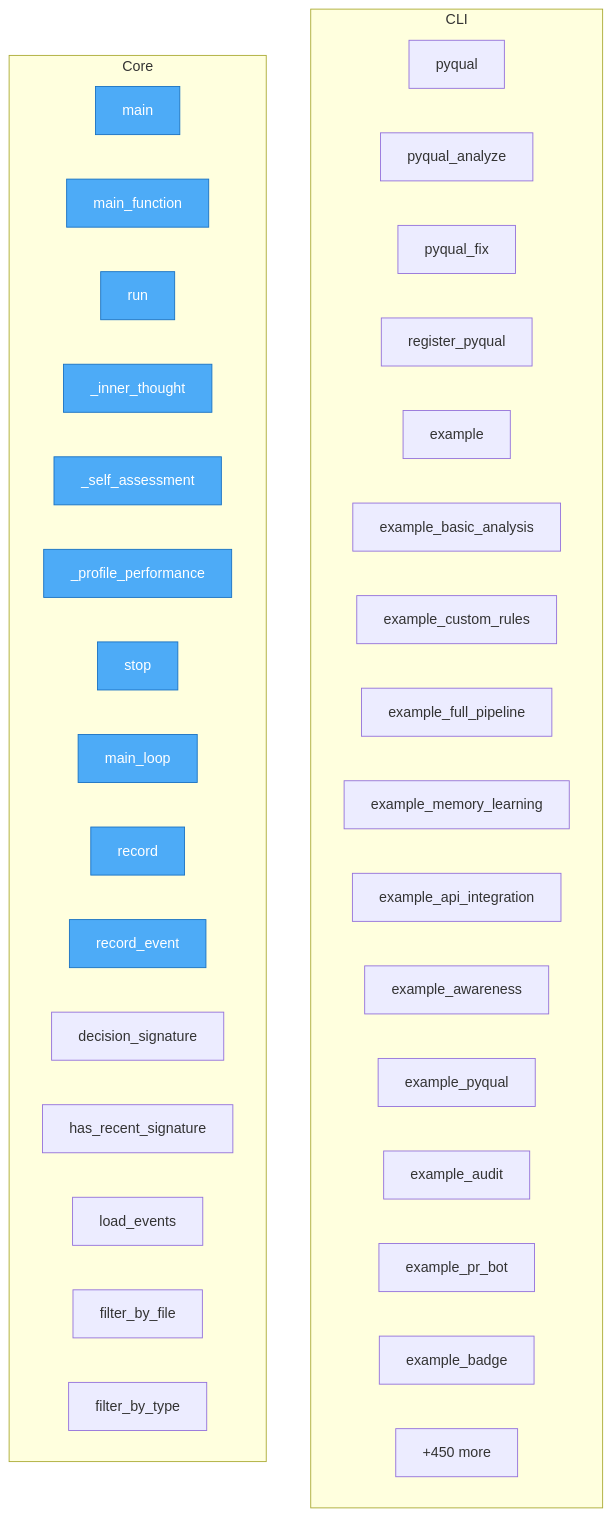
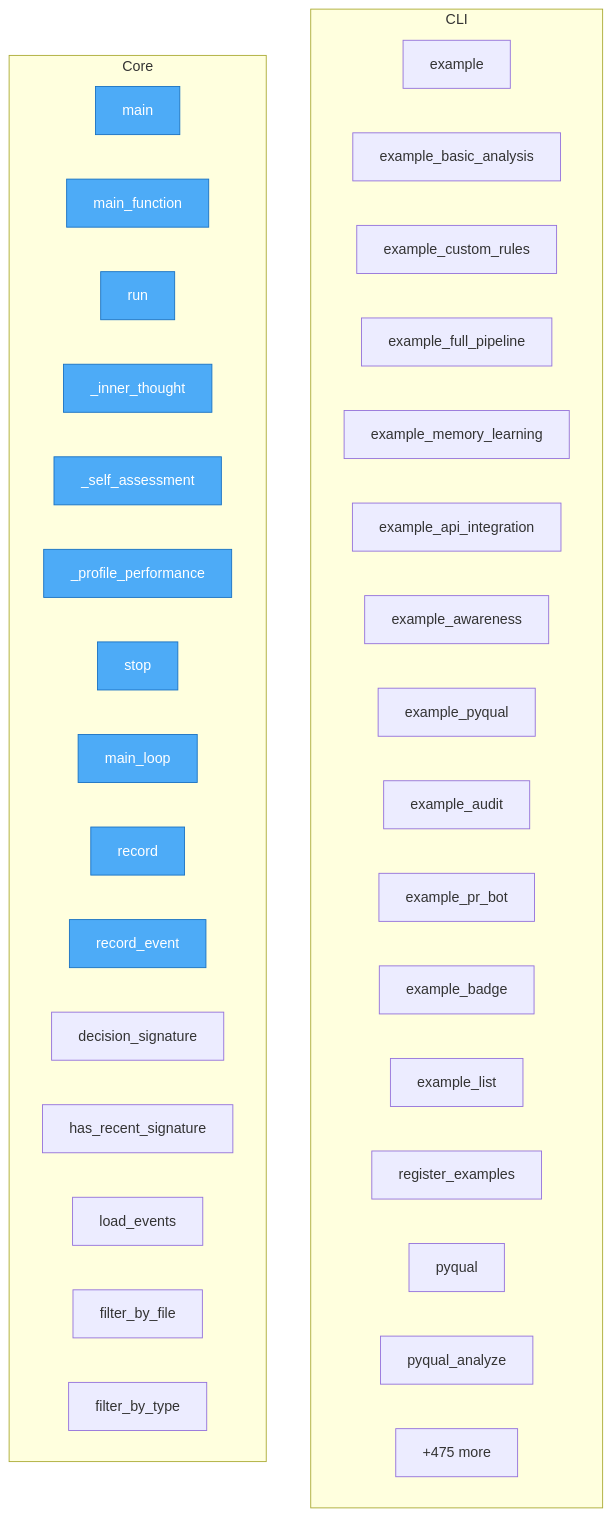
Before and after one commit to semcod/redsl: the diagram in project/flow.mmd, drawn with Mermaid. The commit also changed 35 other files, not shown here.

```diff
--- a/project/flow.mmd
+++ b/project/flow.mmd
@@ -1,44 +1,44 @@
 flowchart TD
 
     %% Entry points (blue)
     classDef entry fill:#4dabf7,stroke:#1971c2,color:#fff
 
     subgraph CLI
-        redsl__cli__pyqual__pyqual["pyqual"]
-        redsl__cli__pyqual__pyqual_analyze["pyqual_analyze"]
-        redsl__cli__pyqual__pyqual_fix["pyqual_fix"]
-        redsl__cli__pyqual__register_pyqual["register_pyqual"]
         redsl__cli__examples__example["example"]
         redsl__cli__examples__example_basic_analysis["example_basic_analysis"]
         redsl__cli__examples__example_custom_rules["example_custom_rules"]
         redsl__cli__examples__example_full_pipeline["example_full_pipeline"]
         redsl__cli__examples__example_memory_learning["example_memory_learning"]
         redsl__cli__examples__example_api_integration["example_api_integration"]
         redsl__cli__examples__example_awareness["example_awareness"]
         redsl__cli__examples__example_pyqual["example_pyqual"]
         redsl__cli__examples__example_audit["example_audit"]
         redsl__cli__examples__example_pr_bot["example_pr_bot"]
         redsl__cli__examples__example_badge["example_badge"]
-        ...["+30 more"]
+        redsl__cli__examples__example_list["example_list"]
+        redsl__cli__examples__register_examples["register_examples"]
+        redsl__cli__pyqual__pyqual["pyqual"]
+        redsl__cli__pyqual__pyqual_analyze["pyqual_analyze"]
+        ...["+31 more"]
     end
 
     subgraph Core
         N___goal__pre_commit_hook__main["main"]
         refactor_output__refactor_extract_functions_20260407_143102__00_app__models__main_function["main_function"]
         redsl__consciousness_loop__ConsciousnessLoop__run["run"]
         redsl__consciousness_loop__ConsciousnessLoop___inner_thought["_inner_thought"]
         redsl__consciousness_loop__ConsciousnessLoop___self_assessment["_self_assessment"]
         redsl__consciousness_loop__ConsciousnessLoop___profile_performance["_profile_performance"]
         redsl__consciousness_loop__ConsciousnessLoop__stop["stop"]
         redsl__consciousness_loop__main_loop["main_loop"]
         redsl__history__HistoryWriter__record["record"]
         redsl__history__HistoryWriter__record_event["record_event"]
         redsl__history__HistoryWriter__decision_signature["decision_signature"]
         redsl__history__HistoryWriter__has_recent_signature["has_recent_signature"]
         redsl__history__HistoryReader__load_events["load_events"]
         redsl__history__HistoryReader__filter_by_file["filter_by_file"]
         redsl__history__HistoryReader__filter_by_type["filter_by_type"]
-        ...["+450 more"]
+        ...["+475 more"]
     end
 
     class N___goal__pre_commit_hook__main,refactor_output__refactor_extract_functions_20260407_143102__00_app__models__main_function,redsl__consciousness_loop__ConsciousnessLoop__run,redsl__consciousness_loop__ConsciousnessLoop___inner_thought,redsl__consciousness_loop__ConsciousnessLoop___self_assessment,redsl__consciousness_loop__ConsciousnessLoop___profile_performance,redsl__consciousness_loop__ConsciousnessLoop__stop,redsl__consciousness_loop__main_loop,redsl__history__HistoryWriter__record,redsl__history__HistoryWriter__record_event entry
```
